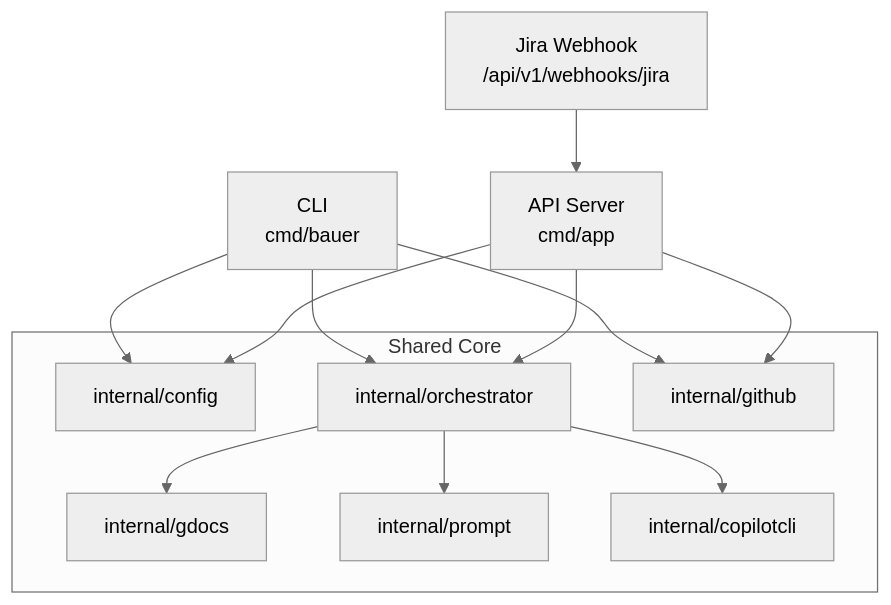
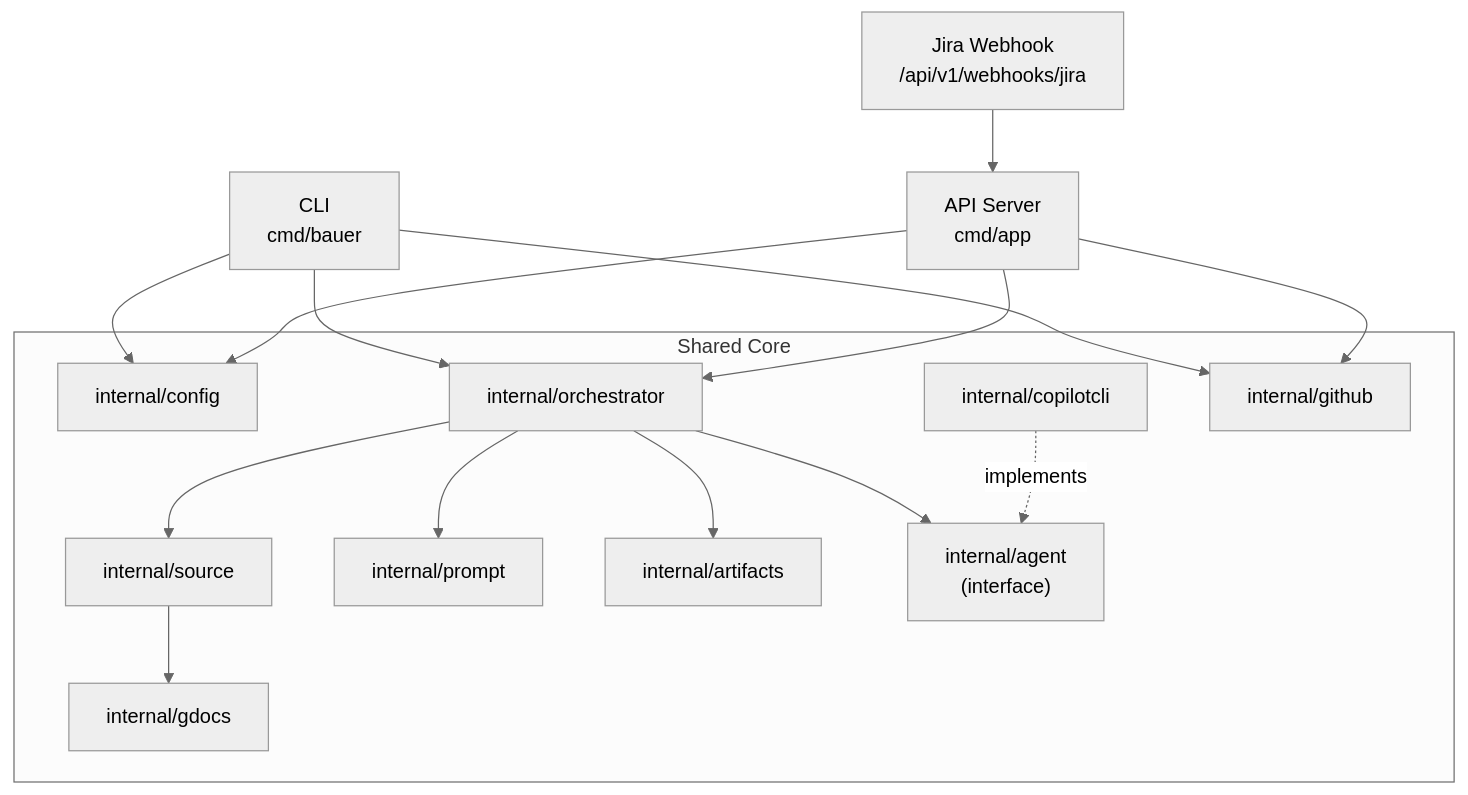
The first of 5 diagrams in docs/ARCHITECTURE_v2.md (canonical/Bauer), drawn with Mermaid (neutral theme) before and after one commit. The commit also changed other lines of this file and 4 other files, not shown here.

````diff
--- a/docs/ARCHITECTURE_v2.md
+++ b/docs/ARCHITECTURE_v2.md
@@ -20,29 +20,35 @@
 ```mermaid
 graph TD
     CLI["CLI\ncmd/bauer"]
     API["API Server\ncmd/app"]
     Jira["Jira Webhook\n/api/v1/webhooks/jira"]
 
     subgraph Shared Core
         Config["internal/config"]
         Orchestrator["internal/orchestrator"]
+        Source["internal/source"]
         GDocs["internal/gdocs"]
         Prompt["internal/prompt"]
+        Artifacts["internal/artifacts"]
+        Agent["internal/agent\n(interface)"]
         Copilot["internal/copilotcli"]
         GitHub["internal/github"]
     end
 
     CLI --> Config
     API --> Config
     Jira --> API
 
     CLI --> Orchestrator
     API --> Orchestrator
 
-    Orchestrator --> GDocs
+    Orchestrator --> Source
+    Source --> GDocs
     Orchestrator --> Prompt
-    Orchestrator --> Copilot
+    Orchestrator --> Artifacts
+    Orchestrator --> Agent
+    Copilot -. implements .-> Agent
 
     CLI --> GitHub
     API --> GitHub
 ```
````
